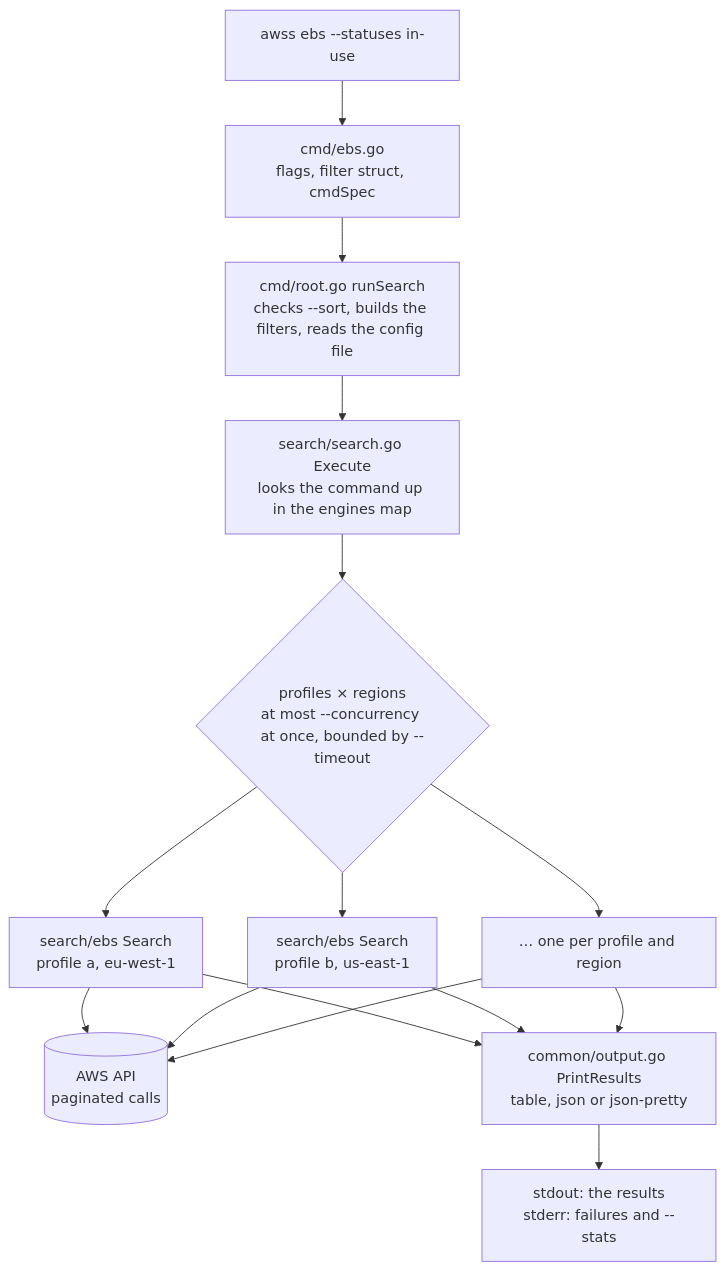
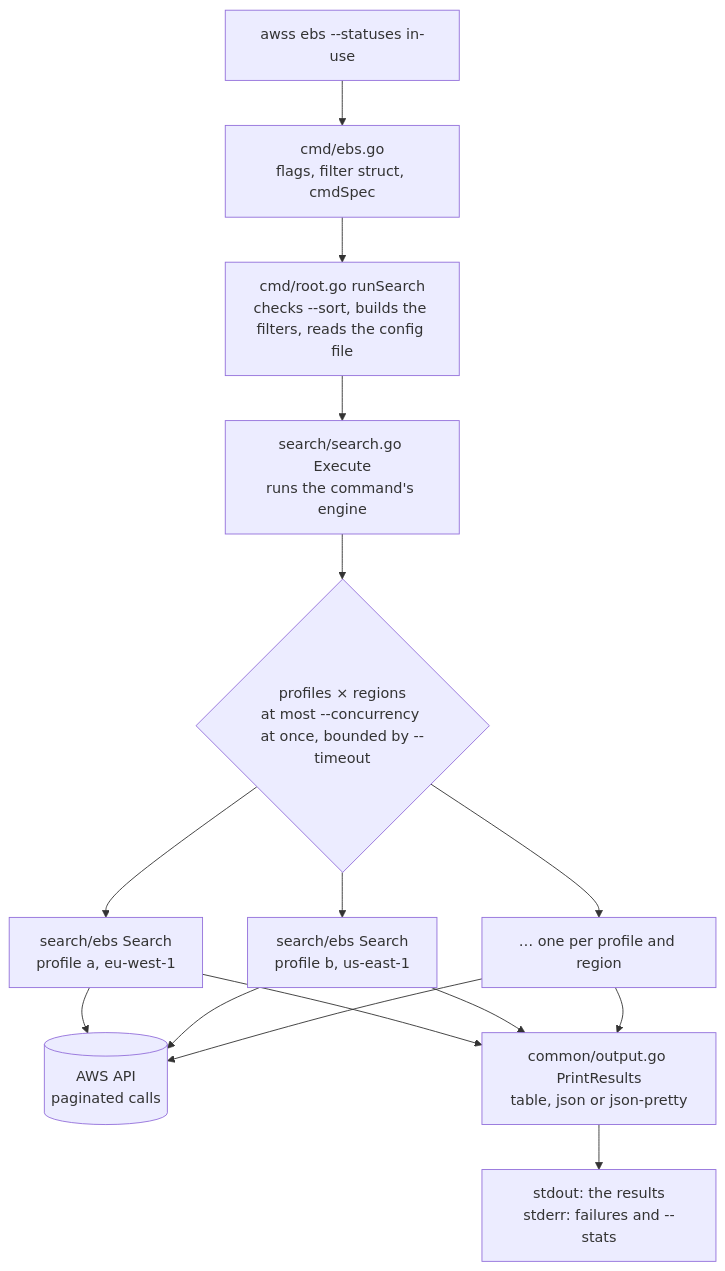
Before and after one commit to dyegoe/awss: the diagram in docs/ARCHITECTURE.md, drawn with Mermaid. The commit also changed other lines of this file and 30 other files, not shown here.

First line of the commit message:
refactor(cmd): describe each engine next to its command (#272) (#276)

````diff
--- a/docs/ARCHITECTURE.md
+++ b/docs/ARCHITECTURE.md
@@ -14,17 +14,17 @@
 ```mermaid
 flowchart TD
   U["awss ebs --statuses in-use"] --> C["cmd/ebs.go<br/>flags, filter struct, cmdSpec"]
   C --> R["cmd/root.go runSearch<br/>checks --sort, builds the filters, reads the config file"]
-  R --> E["search/search.go Execute<br/>looks the command up in the engines map"]
+  R --> E["search/search.go Execute<br/>runs the command's engine"]
   E --> F{"profiles × regions<br/>at most --concurrency at once, bounded by --timeout"}
   F --> S1["search/ebs Search<br/>profile a, eu-west-1"]
   F --> S2["search/ebs Search<br/>profile b, us-east-1"]
   F --> S3["… one per profile and region"]
   S1 --> AWS[("AWS API<br/>paginated calls")]
   S2 --> AWS
   S3 --> AWS
   S1 --> P["common/output.go PrintResults<br/>table, json or json-pretty"]
   S2 --> P
   S3 --> P
   P --> O["stdout: the results<br/>stderr: failures and --stats"]
 ```
````
